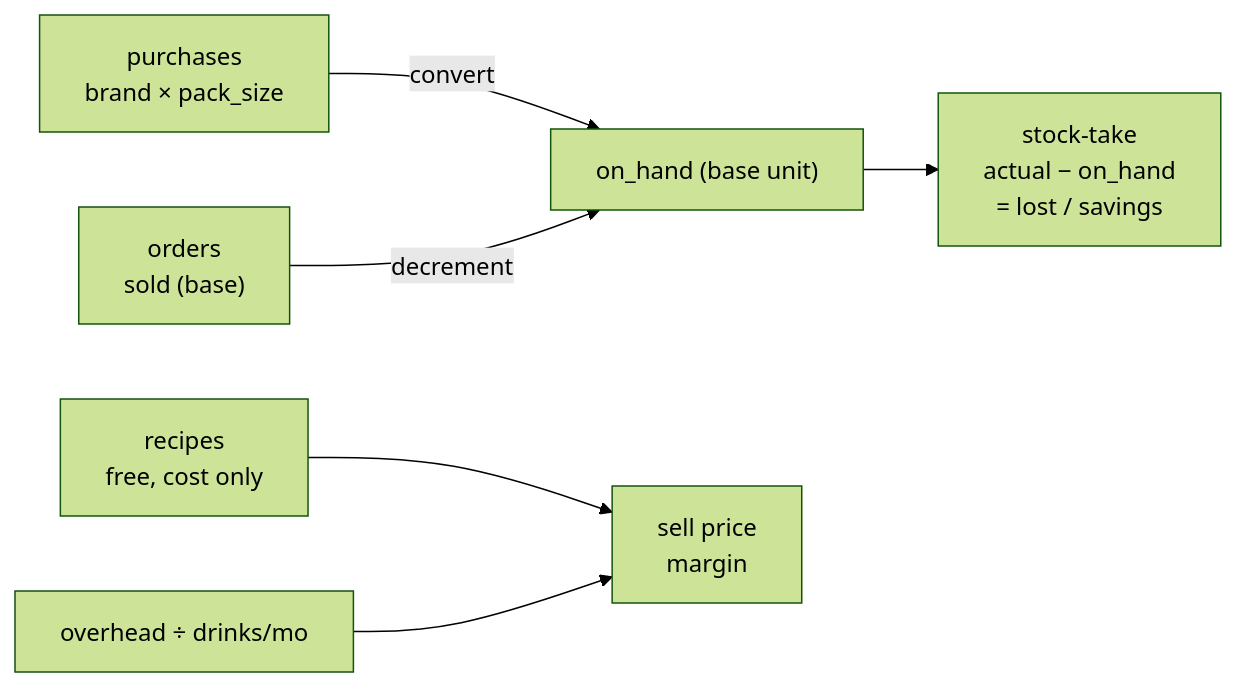
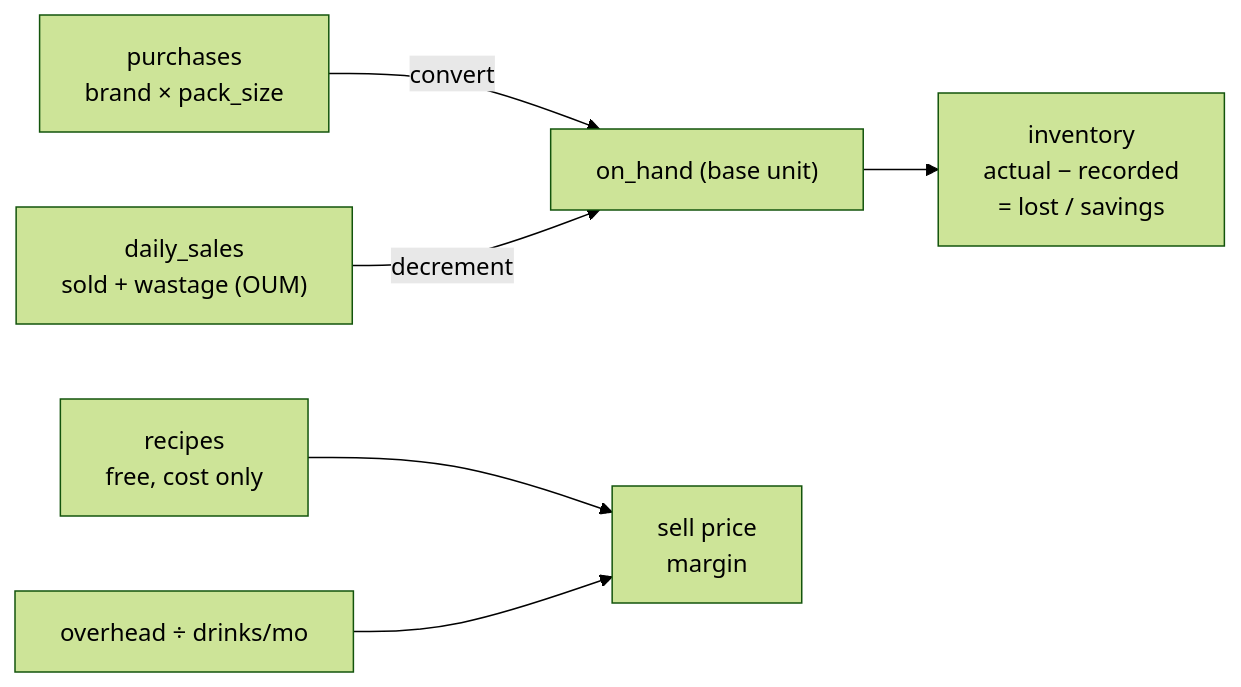
One commit to savage13317/sleepless-cafe changed the diagram in PLAN.md. Above: the diagram before and after it, drawn with Mermaid (forest theme). The commit also changed other lines of this file and 3 other files, not shown here.

Commit message:
R11: UOM dropdown ml/mg/g/pc/kg; print buttons (inventory + daily-sales); docs updated to 6-module map (Ordering retired); latest-cost-wins caveat

````diff
--- a/PLAN.md
+++ b/PLAN.md
@@ -101,8 +104,8 @@
 ```mermaid
 graph LR
     A["purchases\nbrand × pack_size"] -->|convert| H["on_hand (base unit)"]
-    B["orders\nsold (base)"] -->|decrement| H
-    H --> I["stock-take\nactual − on_hand\n= lost / savings"]
+    B["daily_sales\nsold + wastage (OUM)"] -->|decrement| H
+    H --> I["inventory\nactual − recorded\n= lost / savings"]
     C["recipes\nfree, cost only"] --> D["sell price\nmargin"]
     E["overhead ÷ drinks/mo"] --> D
 ```
````
